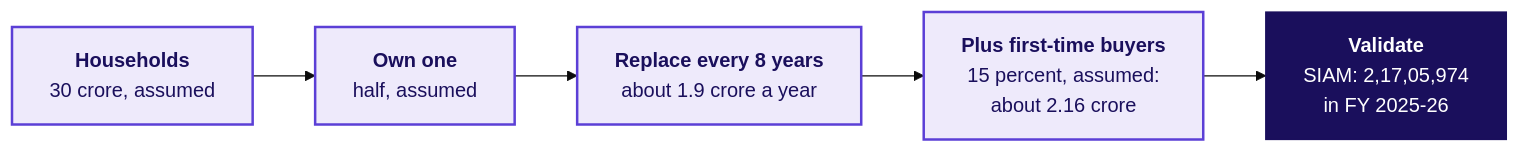
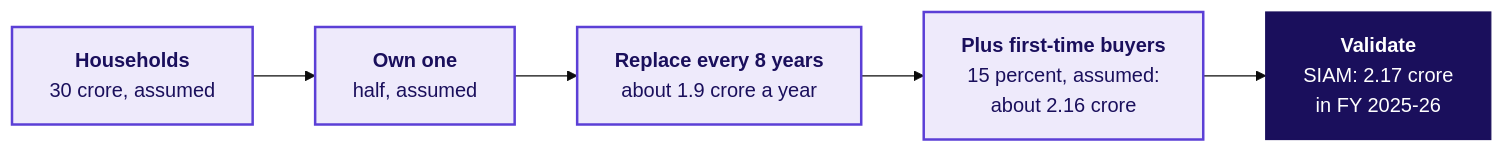
The second of 2 diagrams in content/W04/D5/slides/C2_W04_D05_half2_STUDENT.md (fde-academy-lab/c2-content-factory), drawn with Mermaid (base theme) before and after one commit. The commit also changed other lines of this file and 5 other files, not shown here.

````diff
--- a/content/W04/D5/slides/C2_W04_D05_half2_STUDENT.md
+++ b/content/W04/D5/slides/C2_W04_D05_half2_STUDENT.md
@@ -160,11 +162,11 @@
 ```mermaid
 flowchart LR
     H["<b>Households</b><br/>30 crore, assumed"] --> O["<b>Own one</b><br/>half, assumed"]
     O --> R["<b>Replace every 8 years</b><br/>about 1.9 crore a year"]
     R --> F["<b>Plus first-time buyers</b><br/>15 percent, assumed:<br/>about 2.16 crore"]
-    F --> V["<b>Validate</b><br/>SIAM: 2,17,05,974<br/>in FY 2025-26"]
+    F --> V["<b>Validate</b><br/>SIAM: 2.17 crore<br/>in FY 2025-26"]
     classDef known fill:#EEEAFB,stroke:#5B3FD6,color:#1A0F5C,stroke-width:2px
     classDef lit fill:#1A0F5C,stroke:#1A0F5C,color:#FFFFFF
     class H,O,R,F known
     class V lit
 ```
````
